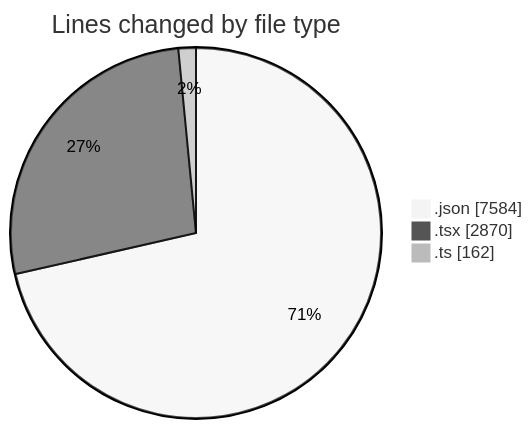
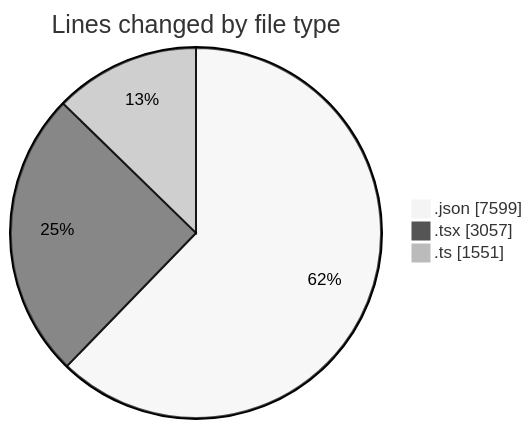
The first of 2 diagrams in 2025-06-10/ecodeli-1/README.md (CELIANVF/code-tracking), drawn with Mermaid (neutral theme) before and after one commit. The commit also changed other lines of this file and 1 other file, not shown here.

````diff
--- a/2025-06-10/ecodeli-1/README.md
+++ b/2025-06-10/ecodeli-1/README.md
@@ -32,7 +35,7 @@
 ```mermaid
 pie showData
 title Lines changed by file type
-".json" : 7584
-".tsx" : 2870
-".ts" : 162
+".json" : 7599
+".tsx" : 3057
+".ts" : 1551
 ```
````
